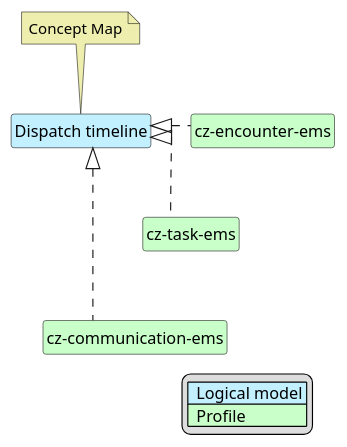
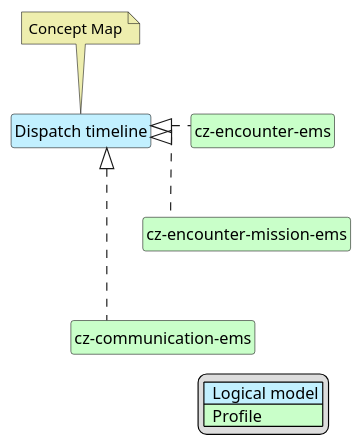
Before and after one commit to HL7-cz/cz-ems: the diagram in input/images-source/emsDispatchTimeline-map.plantuml, drawn with PlantUML. The commit also changed 3 other files, not shown here.

Commit message:
update maps plantuml

```diff
--- a/input/images-source/emsDispatchTimeline-map.plantuml
+++ b/input/images-source/emsDispatchTimeline-map.plantuml
@@ -1,32 +1,32 @@
 @startuml
 hide circle
 hide stereotype
 hide members
 hide methods
 skinparam linetype ortho
 skinparam class {
 BackgroundColor<<LogicalModel>> #APPLICATION
 BackgroundColor<<Profile>> #TECHNOLOGY
 }
 legend right
 | <#APPLICATION>  Logical model |
 | <#TECHNOLOGY>  Profile |
 endlegend
 
 class "Dispatch timeline" <<LogicalModel>> [[StructureDefinition-DispatchDataCz.html]]
 note top #EEEEAE [[ConceptMap-DispatchDataEMS2FHIR-cz.html]]
 Concept Map
 endnote
 
 class "cz-communication-ems" <<Profile>> [[StructureDefinition-cz-communication-ems.html]]
-class "cz-task-ems" <<Profile>> [[StructureDefinition-cz-task-ems.html]]
+class "cz-encounter-mission-ems" <<Profile>> [[StructureDefinition-cz-encounter-mission-ems.html]]
 class "cz-encounter-ems" <<Profile>> [[StructureDefinition-cz-encounter-ems.html]]
 
 "Dispatch timeline" <|. "cz-encounter-ems"
-"Dispatch timeline" <|. "cz-task-ems"
+"Dispatch timeline" <|. "cz-encounter-mission-ems"
 "Dispatch timeline" <|. "cz-communication-ems"
 
-"cz-encounter-ems" -d[hidden]-> "cz-task-ems"
-"cz-task-ems" -d[hidden]-> "cz-communication-ems"
+"cz-encounter-ems" -d[hidden]-> "cz-encounter-mission-ems"
+"cz-encounter-mission-ems" -d[hidden]-> "cz-communication-ems"
 
 @enduml
```
